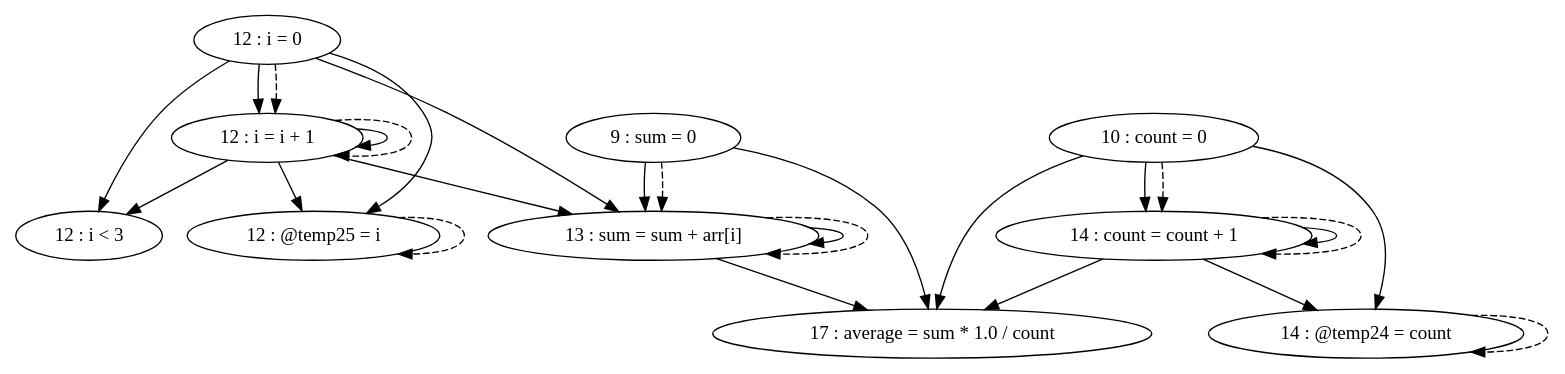
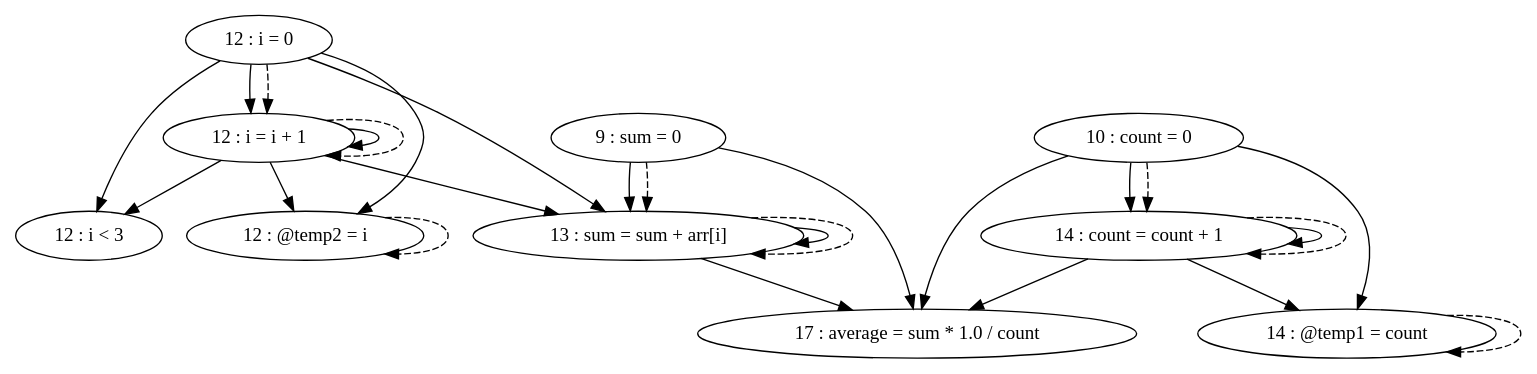
One commit to thomassimko/thesis-code-duplication changed the diagram in pdg/source/testFiles/TestCases/TestCase11/TestCase11-test1.gv. Above: the diagram before and after it, drawn with Graphviz. The commit also changed 3297 other files, not shown here.

```diff
--- a/pdg/source/testFiles/TestCases/TestCase11/TestCase11-test1.gv
+++ b/pdg/source/testFiles/TestCases/TestCase11/TestCase11-test1.gv
@@ -1,38 +1,38 @@
 digraph G {
 "9 : sum = 0"
 "9 : sum = 0" -> "17 : average = sum * 1.0 / count"
 "9 : sum = 0" -> "13 : sum = sum + arr[i]"
 "9 : sum = 0" -> "13 : sum = sum + arr[i]" [style=dashed]
 "10 : count = 0"
-"10 : count = 0" -> "14 : @temp24 = count"
+"10 : count = 0" -> "14 : @temp1 = count"
+"10 : count = 0" -> "14 : count = count + 1"
 "10 : count = 0" -> "17 : average = sum * 1.0 / count"
-"10 : count = 0" -> "14 : count = count + 1"
 "10 : count = 0" -> "14 : count = count + 1" [style=dashed]
 "12 : i = 0"
+"12 : i = 0" -> "12 : @temp2 = i"
+"12 : i = 0" -> "12 : i < 3"
+"12 : i = 0" -> "12 : i = i + 1"
 "12 : i = 0" -> "13 : sum = sum + arr[i]"
-"12 : i = 0" -> "12 : @temp25 = i"
-"12 : i = 0" -> "12 : i = i + 1"
-"12 : i = 0" -> "12 : i < 3"
 "12 : i = 0" -> "12 : i = i + 1" [style=dashed]
 "12 : i < 3"
 "13 : sum = sum + arr[i]"
 "13 : sum = sum + arr[i]" -> "17 : average = sum * 1.0 / count"
 "13 : sum = sum + arr[i]" -> "13 : sum = sum + arr[i]"
 "13 : sum = sum + arr[i]" -> "13 : sum = sum + arr[i]" [style=dashed]
-"14 : @temp24 = count"
-"14 : @temp24 = count" -> "14 : @temp24 = count" [style=dashed]
+"14 : @temp1 = count"
+"14 : @temp1 = count" -> "14 : @temp1 = count" [style=dashed]
 "14 : count = count + 1"
-"14 : count = count + 1" -> "14 : @temp24 = count"
+"14 : count = count + 1" -> "14 : @temp1 = count"
+"14 : count = count + 1" -> "14 : count = count + 1"
 "14 : count = count + 1" -> "17 : average = sum * 1.0 / count"
-"14 : count = count + 1" -> "14 : count = count + 1"
 "14 : count = count + 1" -> "14 : count = count + 1" [style=dashed]
-"12 : @temp25 = i"
-"12 : @temp25 = i" -> "12 : @temp25 = i" [style=dashed]
+"12 : @temp2 = i"
+"12 : @temp2 = i" -> "12 : @temp2 = i" [style=dashed]
 "12 : i = i + 1"
+"12 : i = i + 1" -> "12 : @temp2 = i"
+"12 : i = i + 1" -> "12 : i < 3"
+"12 : i = i + 1" -> "12 : i = i + 1"
 "12 : i = i + 1" -> "13 : sum = sum + arr[i]"
-"12 : i = i + 1" -> "12 : @temp25 = i"
-"12 : i = i + 1" -> "12 : i = i + 1"
-"12 : i = i + 1" -> "12 : i < 3"
 "12 : i = i + 1" -> "12 : i = i + 1" [style=dashed]
 "17 : average = sum * 1.0 / count"
 }
```
